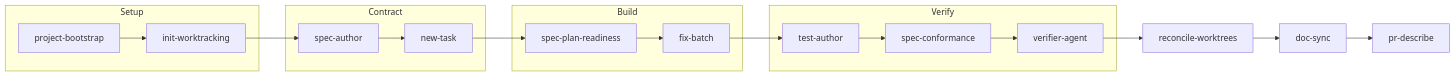
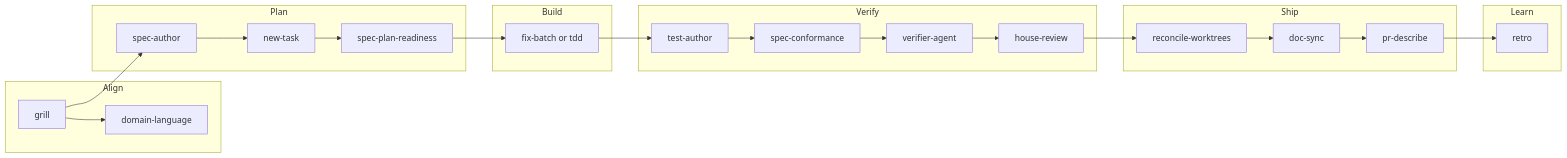
One commit to zen-solutions-dev/zen-agent-skills changed the first of 2 diagrams in README.md. Above: the diagram before and after it, drawn with Mermaid. The commit also changed other lines of this file and 10 other files, not shown here.

````diff
--- a/README.md
+++ b/README.md
@@ -54,22 +96,30 @@
 ```mermaid
 flowchart LR
-  subgraph Setup
-    A[project-bootstrap] --> B[init-worktracking]
+  subgraph Align
+    G[grill] --> DL[domain-language]
   end
-  subgraph Contract
+  subgraph Plan
     C[spec-author] --> E[new-task]
+    E --> D[spec-plan-readiness]
   end
   subgraph Build
-    D[spec-plan-readiness] --> F[fix-batch]
+    F[fix-batch or tdd]
   end
   subgraph Verify
-    G[test-author] --> H[spec-conformance]
+    T[test-author] --> H[spec-conformance]
     H --> I[verifier-agent]
+    I --> HR[house-review]
   end
-  B --> C
-  E --> D
-  F --> G
-  I --> J[reconcile-worktrees]
-  J --> L[doc-sync]
-  L --> K[pr-describe]
+  subgraph Ship
+    J[reconcile-worktrees] --> L[doc-sync]
+    L --> K[pr-describe]
+  end
+  subgraph Learn
+    R[retro]
+  end
+  G --> C
+  D --> F
+  F --> T
+  HR --> J
+  K --> R
 ```
````
